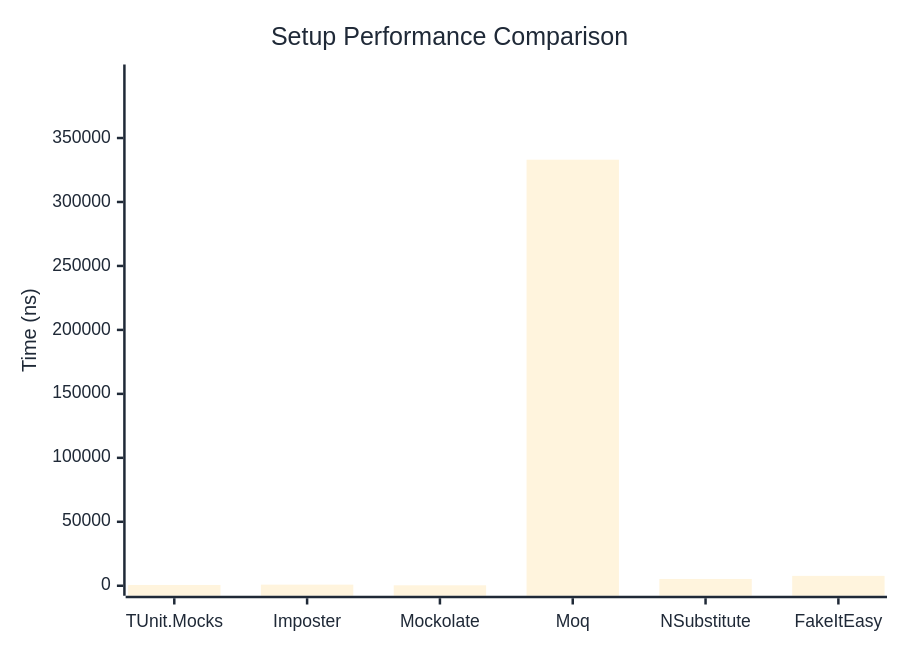
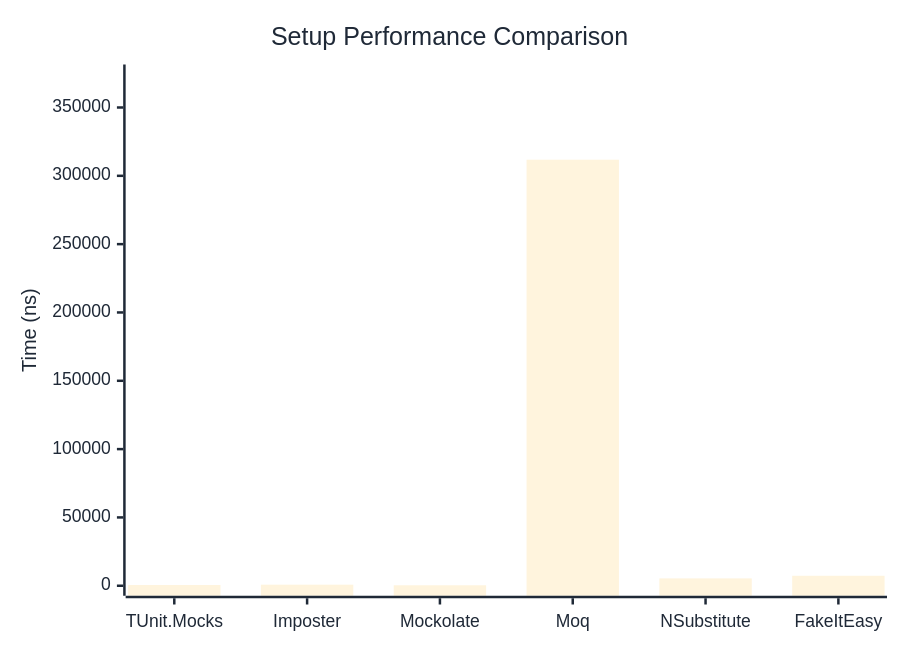
The first of 2 diagrams in docs/docs/benchmarks/mocks/Setup.md (thomhurst/TUnit), drawn with Mermaid before and after one commit. The commit also changed other lines of this file and 14 other files, not shown here.

````diff
--- a/docs/docs/benchmarks/mocks/Setup.md
+++ b/docs/docs/benchmarks/mocks/Setup.md
@@ -30,27 +30,27 @@
 ```mermaid
 %%{init: {
   'theme':'base',
   'themeVariables': {
     'primaryColor': '#2563eb',
     'primaryTextColor': '#1f2937',
     'primaryBorderColor': '#1e40af',
     'lineColor': '#6b7280',
     'secondaryColor': '#7c3aed',
     'tertiaryColor': '#dc2626',
     'background': '#ffffff',
     'pie1': '#2563eb',
     'pie2': '#7c3aed',
     'pie3': '#dc2626',
     'pie4': '#f59e0b',
     'pie5': '#10b981',
     'pie6': '#06b6d4',
     'pie7': '#ec4899',
     'pie8': '#6366f1'
   }
 }}%%
 xychart-beta
   title "Setup Performance Comparison"
   x-axis ["TUnit.Mocks", "Imposter", "Mockolate", "Moq", "NSubstitute", "FakeItEasy"]
-  y-axis "Time (ns)" 0 --> 399656
-  bar [608.5, 867.2, 355.7, 333046.2, 5307.8, 7719]
+  y-axis "Time (ns)" 0 --> 374147
+  bar [553.6, 782.7, 336.9, 311788.8, 5377.3, 7315.3]
 ```
````
